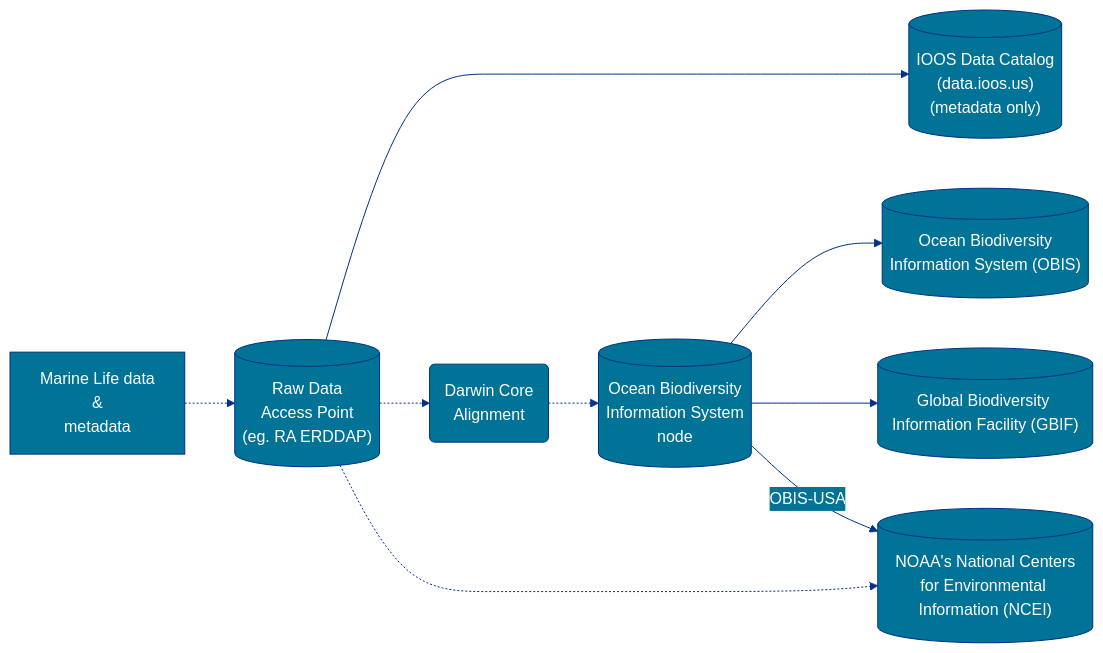
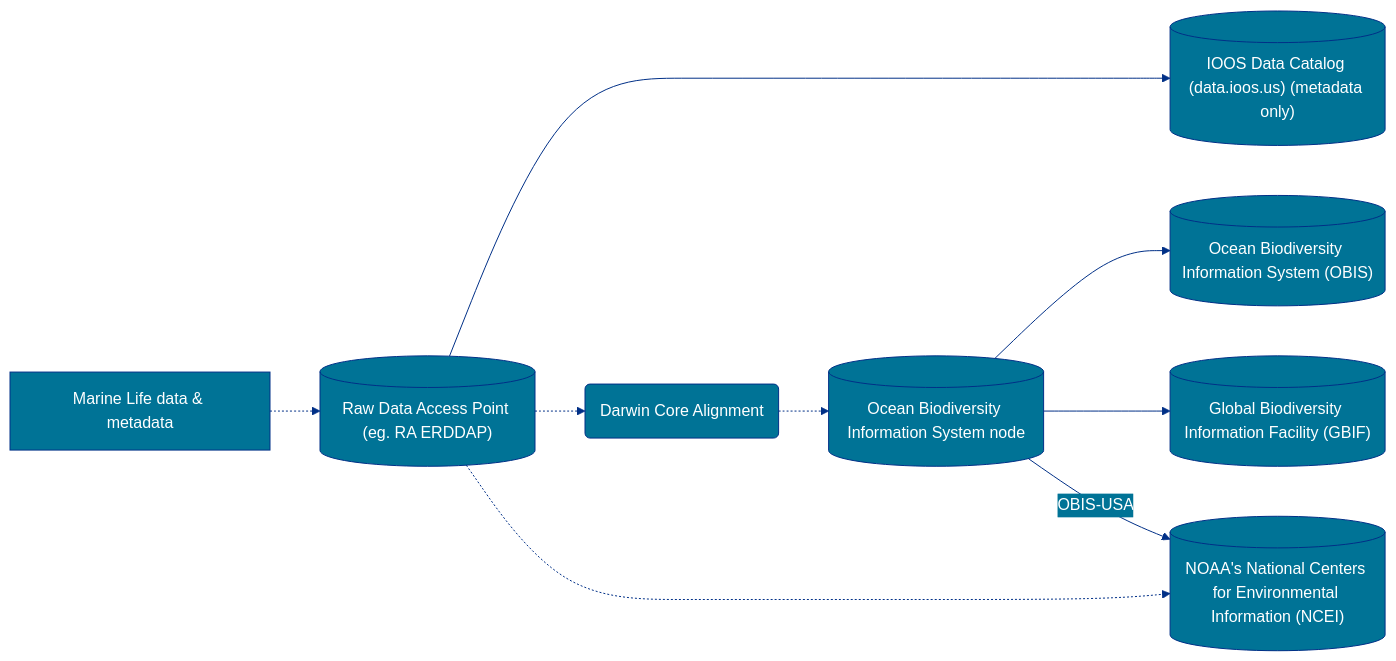
Before and after one commit to ioos/marine_life_data_network: the first of 5 diagrams in _docs/index.md, drawn with Mermaid. The commit also changed other lines of this file, not shown here.

First line of the commit message:
Update satellite telemetry flowchart

````diff
--- a/_docs/index.md
+++ b/_docs/index.md
@@ -50,37 +50,37 @@
 ```mermaid
 %%{
   init: {
     'theme': 'base',
     'themeVariables': {
       'primaryColor': '#007396',
       'primaryTextColor': '#fff',
       'primaryBorderColor': '#003087',
       'lineColor': '#003087',
       'secondaryColor': '#007396',
       'tertiaryColor': '#CCD1D1'
     },
    'flowchart': { 'curve': 'basis' }
   }
 }%%
 
 flowchart LR
 
-A["Marine Life data\n&\nmetadata"] 
-B[("Raw Data\nAccess Point\n(eg. RA ERDDAP)")]
-C("Darwin Core\nAlignment")
-D[("NOAA's National Centers\nfor Environmental Information (NCEI)")]
-E[("Ocean Biodiversity\nInformation System\nnode")]
-G[("Ocean Biodiversity\nInformation System (OBIS)")]
+A["Marine Life data & metadata"] 
+B[("Raw Data Access Point (eg. RA ERDDAP)")]
+C("Darwin Core Alignment")
+D[("NOAA's National Centers for Environmental Information (NCEI)")]
+E[("Ocean Biodiversity Information System node")]
+G[("Ocean Biodiversity Information System (OBIS)")]
 H[("Global Biodiversity Information Facility (GBIF)")]
-I[("IOOS Data Catalog\n(data.ioos.us)\n(metadata only)")]
+I[("IOOS Data Catalog (data.ioos.us) (metadata only)")]
 
 A -.-> B
 B ----> I
 B -.-> C
 B -..-> D
 
 C -.-> E
 E --> G
 E --> H
 E -- OBIS-USA --> D
 ```
````
